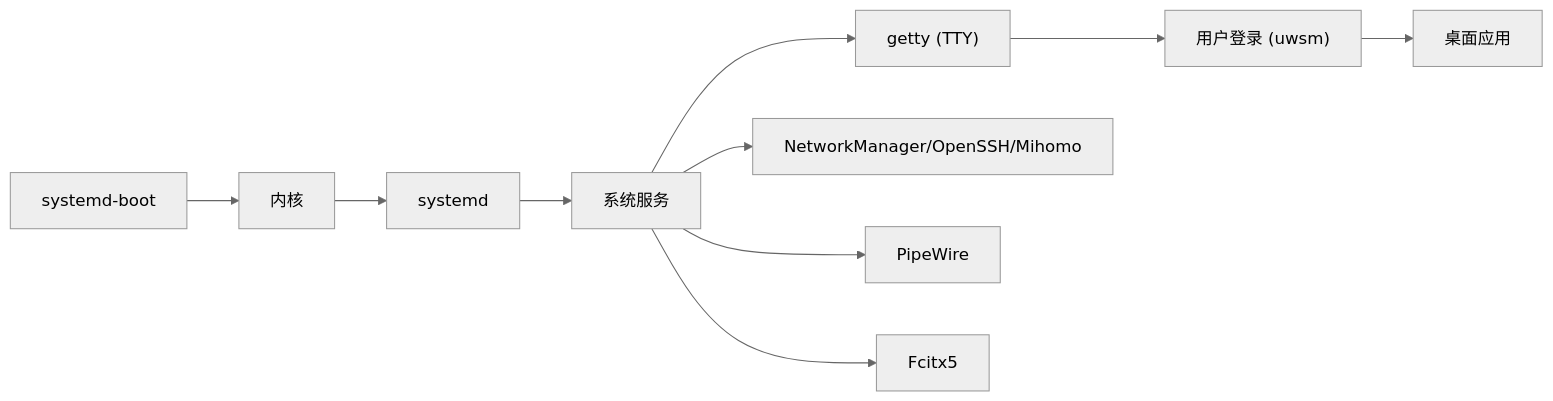
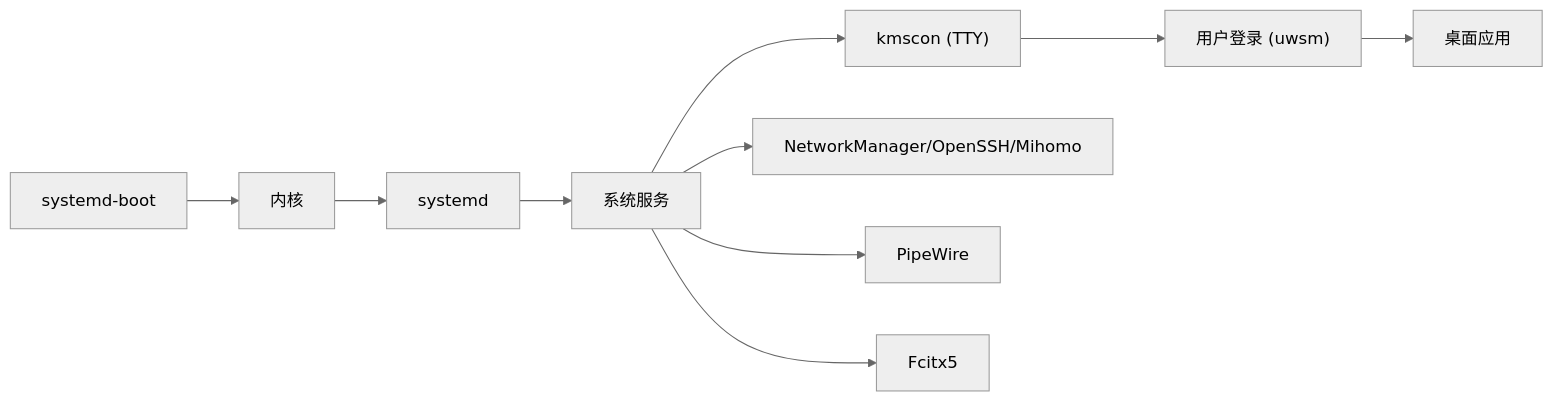
The third of 3 diagrams in wiki/architecture/host.md (Shangshui0302/myNixOSConfig), drawn with Mermaid (neutral theme) before and after one commit. The commit also changed other lines of this file and 4 other files, not shown here.

First line of the commit message:
feat(greeter): switch to kmscon for CJK TTY login with libseat workaround

````diff
--- a/wiki/architecture/host.md
+++ b/wiki/architecture/host.md
@@ -90,12 +90,12 @@
 ```mermaid
 graph LR
 SB["systemd-boot"] --> K["内核"]
 K --> SD["systemd"]
 SD --> SV["系统服务"]
-SV --> TTY["getty (TTY)"]
+SV --> TTY["kmscon (TTY)"]
 TTY --> HS["用户登录 (uwsm)"]
 HS --> APP["桌面应用"]
 SV --> NET["NetworkManager/OpenSSH/Mihomo"]
 SV --> AUD["PipeWire"]
 SV --> IM["Fcitx5"]
 ```
````
